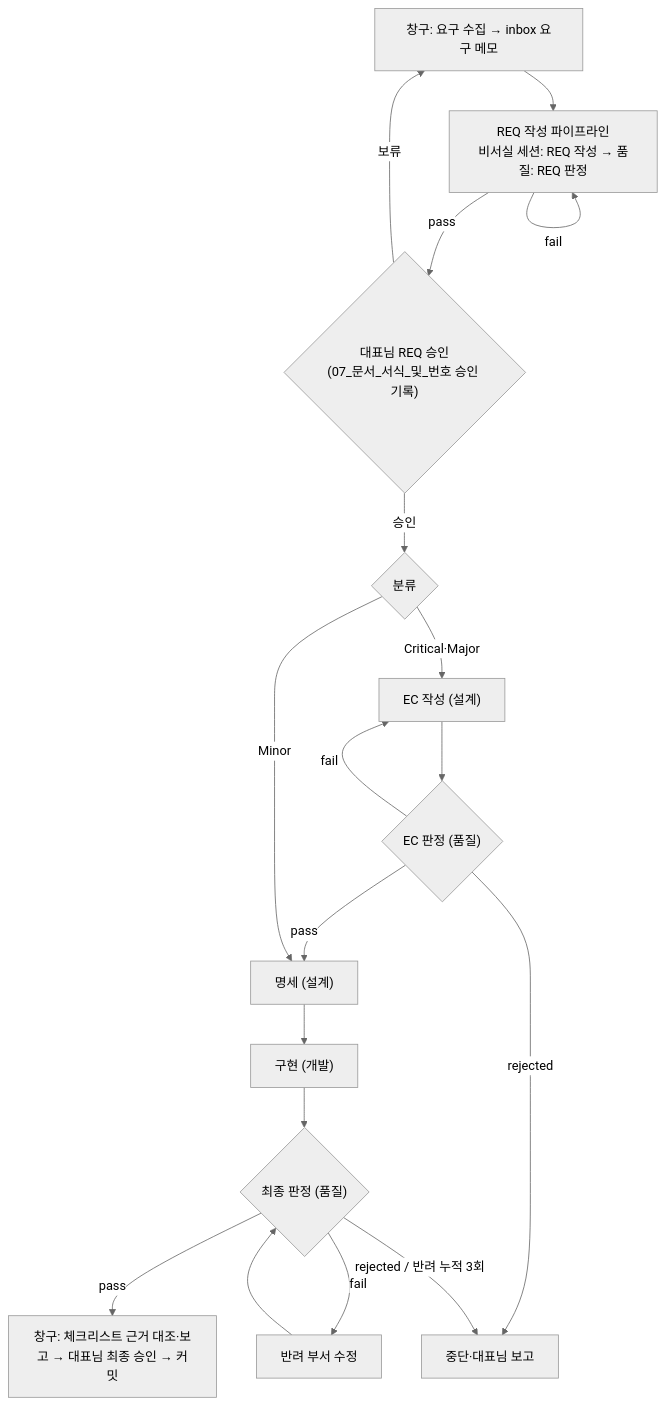
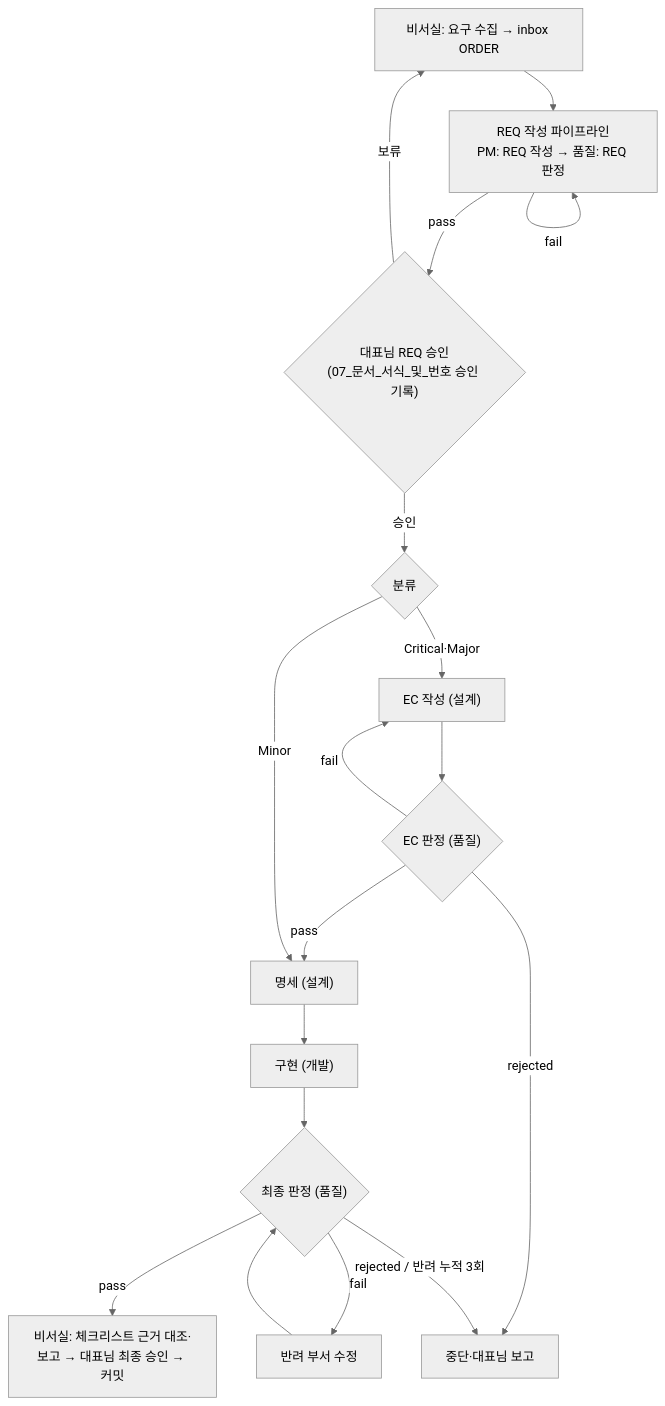
Before and after one commit to Neverblackmonday/Vibe-Standard_v06: the diagram in Workflow/03_라이프사이클.md, drawn with Mermaid (neutral theme). The commit also changed other lines of this file and 11 other files, not shown here.

````diff
--- a/Workflow/03_라이프사이클.md
+++ b/Workflow/03_라이프사이클.md
@@ -8,17 +8,17 @@
 ```mermaid
 flowchart TD
-    A["창구: 요구 수집 → inbox 요구 메모"] --> B["REQ 작성 파이프라인<br/>비서실 세션: REQ 작성 → 품질: REQ 판정"]
+    A["비서실: 요구 수집 → inbox ORDER"] --> B["REQ 작성 파이프라인<br/>PM: REQ 작성 → 품질: REQ 판정"]
     B -- "fail" --> B
     B -- "pass" --> C{"대표님 REQ 승인<br/>(07_문서_서식_및_번호 승인 기록)"}
     C -- "보류" --> A
     C -- "승인" --> D{"분류"}
     D -- "Critical·Major" --> E["EC 작성 (설계)"] --> F{"EC 판정 (품질)"}
     F -- "fail" --> E
     F -- "pass" --> G["명세 (설계)"]
     D -- "Minor" --> G
     G --> H["구현 (개발)"] --> I{"최종 판정 (품질)"}
     I -- "fail" --> J["반려 부서 수정"] --> I
-    I -- "pass" --> K["창구: 체크리스트 근거 대조·보고 → 대표님 최종 승인 → 커밋"]
+    I -- "pass" --> K["비서실: 체크리스트 근거 대조·보고 → 대표님 최종 승인 → 커밋"]
     F -- "rejected" --> X["중단·대표님 보고"]
     I -- "rejected / 반려 누적 3회" --> X
 ```
````
